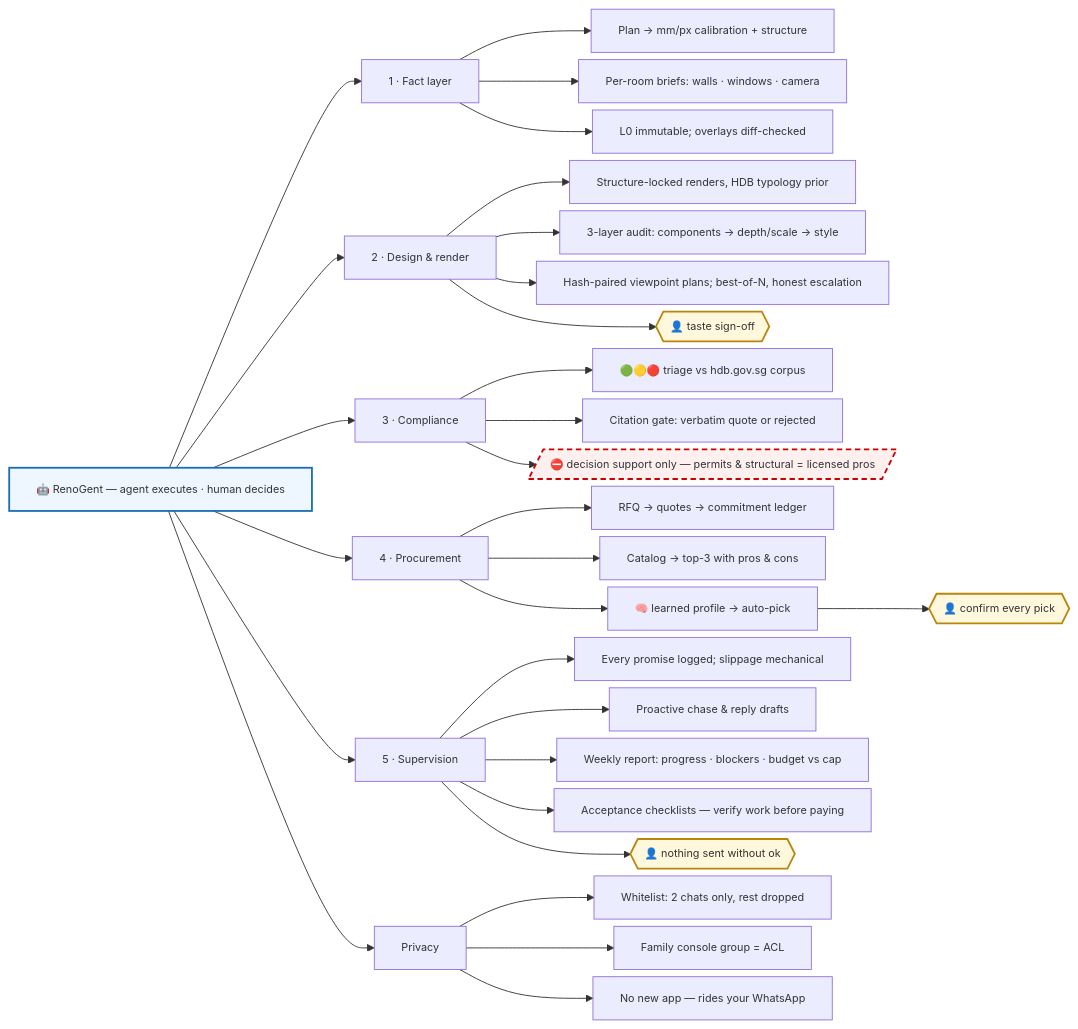
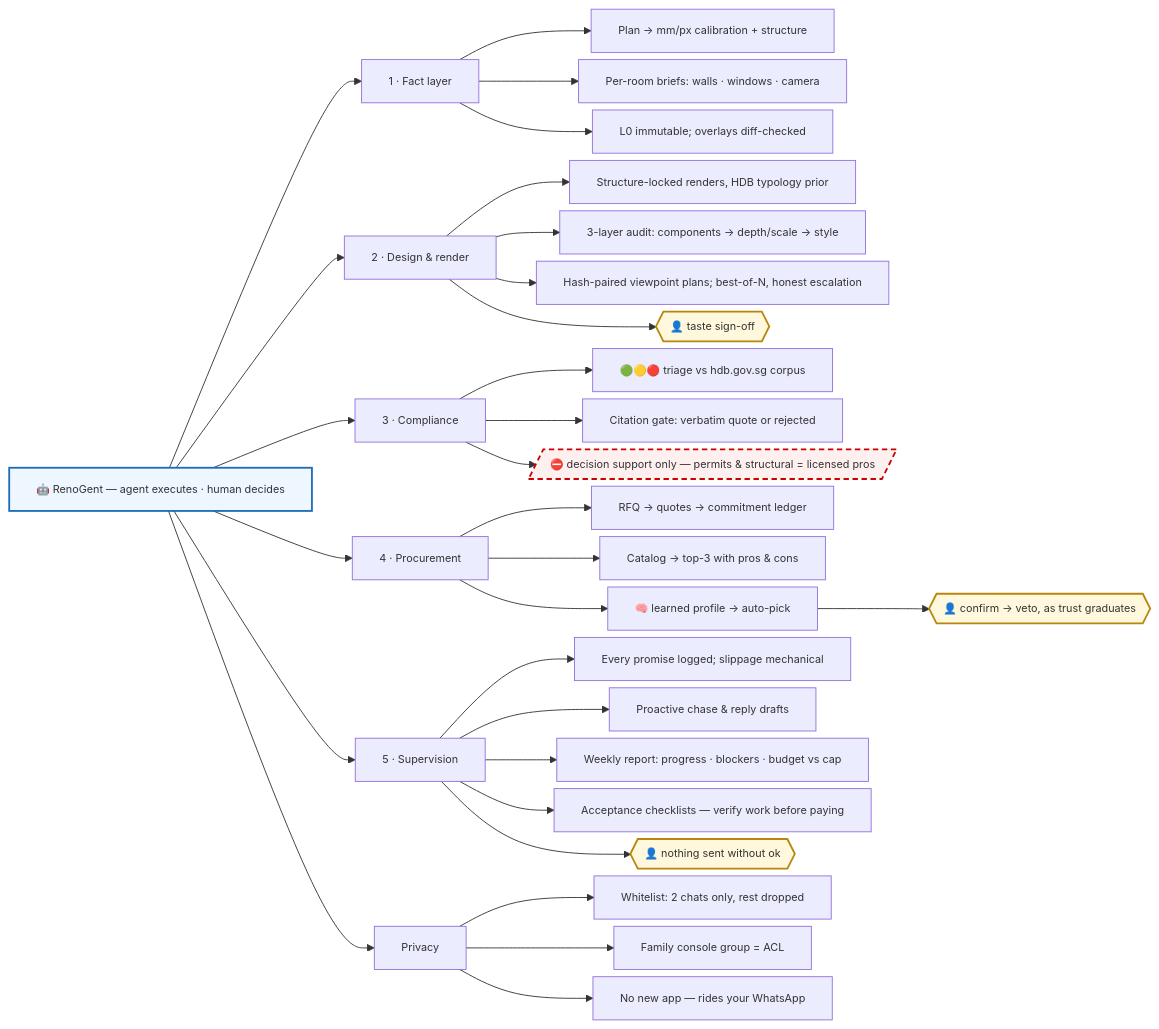
The diagram in README.md (littlejuju/RenoGent), drawn with Mermaid before and after one commit. The commit also changed other lines of this file and 1 other file, not shown here.

Commit message:
narrative: graduated autonomy — approvals train a decision profile, proven domains graduate to autopilot with veto

````diff
--- a/README.md
+++ b/README.md
@@ -45,46 +45,46 @@
 ```mermaid
 %%{init: {"flowchart": {"nodeSpacing": 8, "rankSpacing": 36, "wrappingWidth": 900, "markdownAutoWrap": false}, "themeVariables": {"fontSize": "12px"}}}%%
 flowchart LR
     RA["🤖 RenoGent — agent executes · human decides"]
 
     RA --> P["1 · Fact layer"]
     P --> P1["Plan → mm/px calibration + structure"]
     P --> P2["Per-room briefs: walls · windows · camera"]
     P --> P3["L0 immutable; overlays diff-checked"]
 
     RA --> D["2 · Design & render"]
     D --> D1["Structure-locked renders, HDB typology prior"]
     D --> D2["3-layer audit: components → depth/scale → style"]
     D --> D3["Hash-paired viewpoint plans; best-of-N, honest escalation"]
     D --> HG1{{"👤 taste sign-off"}}
 
     RA --> C["3 · Compliance"]
     C --> C1["🟢🟡🔴 triage vs hdb.gov.sg corpus"]
     C --> C2["Citation gate: verbatim quote or rejected"]
     C --> B1[/"⛔ decision support only — permits & structural = licensed pros"/]
 
     RA --> PR["4 · Procurement"]
     PR --> PR1["RFQ → quotes → commitment ledger"]
     PR --> PR2["Catalog → top-3 with pros & cons"]
     PR --> PR3["🧠 learned profile → auto-pick"]
-    PR3 --> HG2{{"👤 confirm every pick"}}
+    PR3 --> HG2{{"👤 confirm → veto, as trust graduates"}}
 
     RA --> S["5 · Supervision"]
     S --> S1["Every promise logged; slippage mechanical"]
     S --> S2["Proactive chase & reply drafts"]
     S --> S3["Weekly report: progress · blockers · budget vs cap"]
     S --> S4["Acceptance checklists — verify work before paying"]
     S --> HG3{{"👤 nothing sent without ok"}}
 
     RA --> PV["Privacy"]
     PV --> PV1["Whitelist: 2 chats only, rest dropped"]
     PV --> PV2["Family console group = ACL"]
     PV --> PV3["No new app — rides your WhatsApp"]
 
     classDef boundary fill:#fff0f0,stroke:#cc0000,stroke-width:2px,stroke-dasharray:6 4
     classDef human fill:#fff8dc,stroke:#b8860b,stroke-width:2px
     classDef root fill:#eef6ff,stroke:#1a6bb8,stroke-width:2px
     class B1 boundary
     class HG1,HG2,HG3 human
     class RA root
 ```
````
